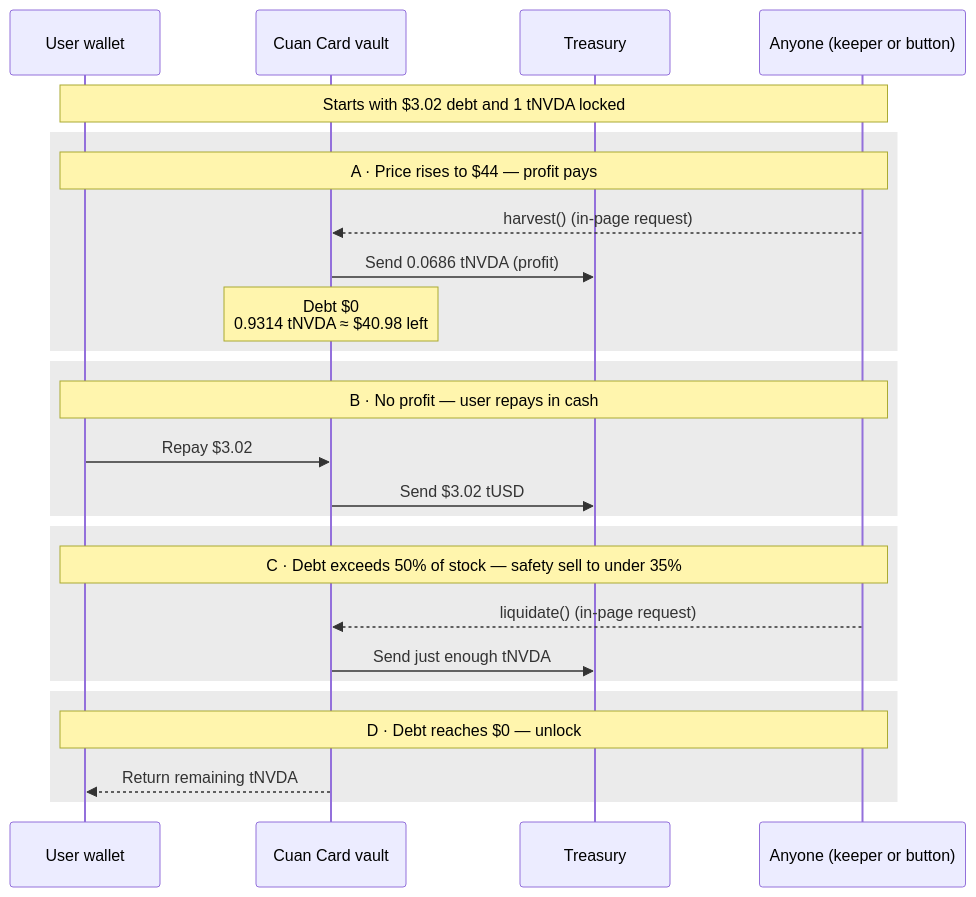
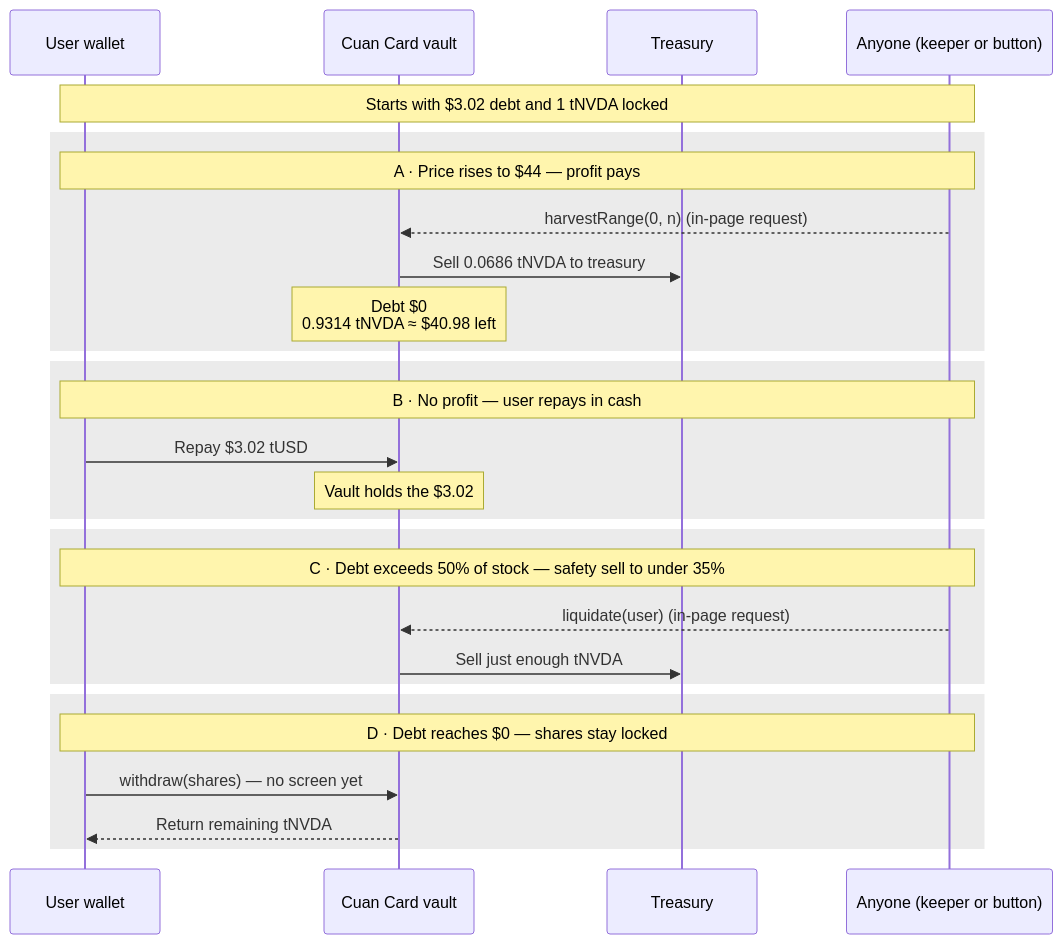
Before and after one commit to CuanLater/CuanLater: the second of 2 diagrams in README.md, drawn with Mermaid. The commit also changed other lines of this file, not shown here.

Commit message:
docs: add shared Privy app ID and correct flow diagrams

````diff
--- a/README.md
+++ b/README.md
@@ -49,33 +47,34 @@
 ```mermaid
 sequenceDiagram
     participant U as User wallet
     participant V as Cuan Card vault
     participant T as Treasury
     participant A as Anyone (keeper or button)
 
     Note over U,A: Starts with $3.02 debt and 1 tNVDA locked
 
     rect rgb(235, 235, 235)
         Note over U,A: A · Price rises to $44 — profit pays
-        A-->>V: harvest() (in-page request)
-        V->>T: Send 0.0686 tNVDA (profit)
+        A-->>V: harvestRange(0, n) (in-page request)
+        V->>T: Sell 0.0686 tNVDA to treasury
         Note over V: Debt $0<br/>0.9314 tNVDA ≈ $40.98 left
     end
 
     rect rgb(235, 235, 235)
         Note over U,A: B · No profit — user repays in cash
-        U->>V: Repay $3.02
-        V->>T: Send $3.02 tUSD
+        U->>V: Repay $3.02 tUSD
+        Note over V: Vault holds the $3.02
     end
 
     rect rgb(235, 235, 235)
         Note over U,A: C · Debt exceeds 50% of stock — safety sell to under 35%
-        A-->>V: liquidate() (in-page request)
-        V->>T: Send just enough tNVDA
+        A-->>V: liquidate(user) (in-page request)
+        V->>T: Sell just enough tNVDA
     end
 
     rect rgb(235, 235, 235)
-        Note over U,A: D · Debt reaches $0 — unlock
+        Note over U,A: D · Debt reaches $0 — shares stay locked
+        U->>V: withdraw(shares) — no screen yet
         V-->>U: Return remaining tNVDA
     end
 ```
````
